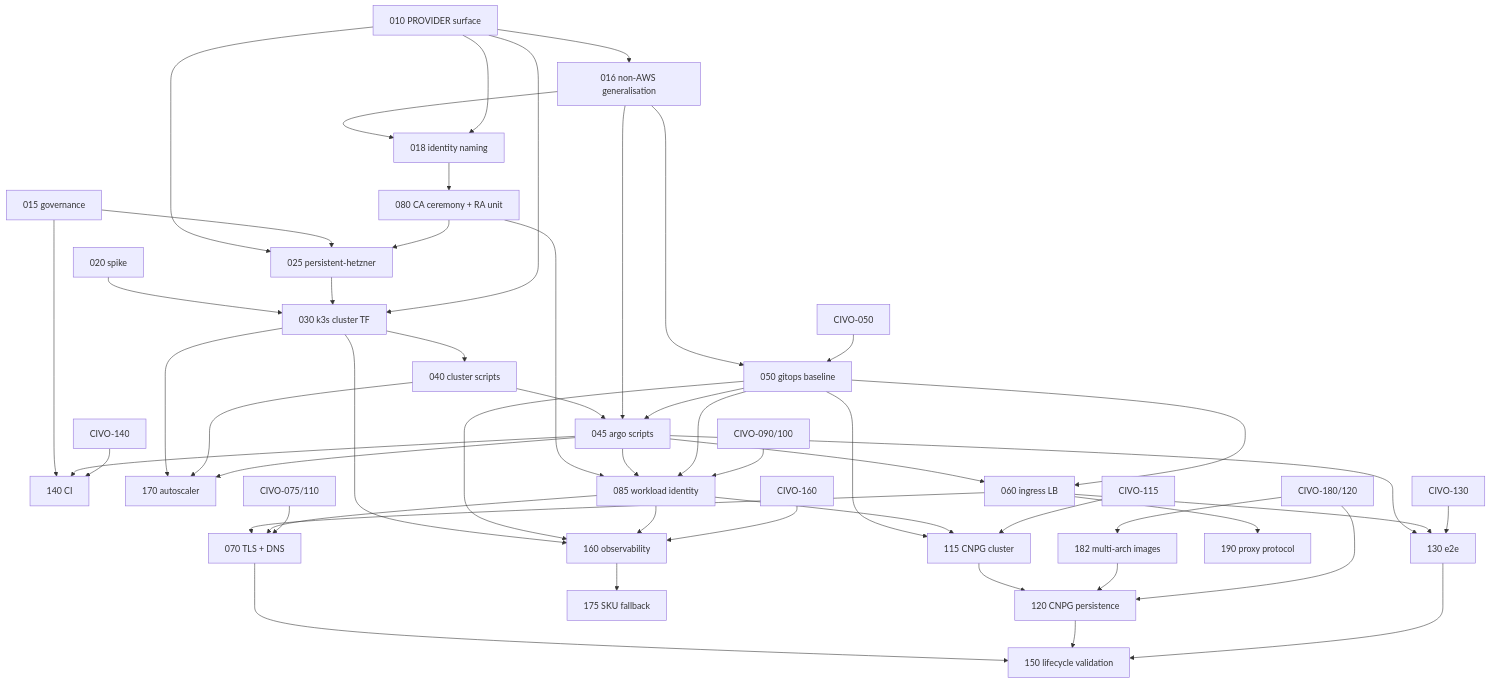
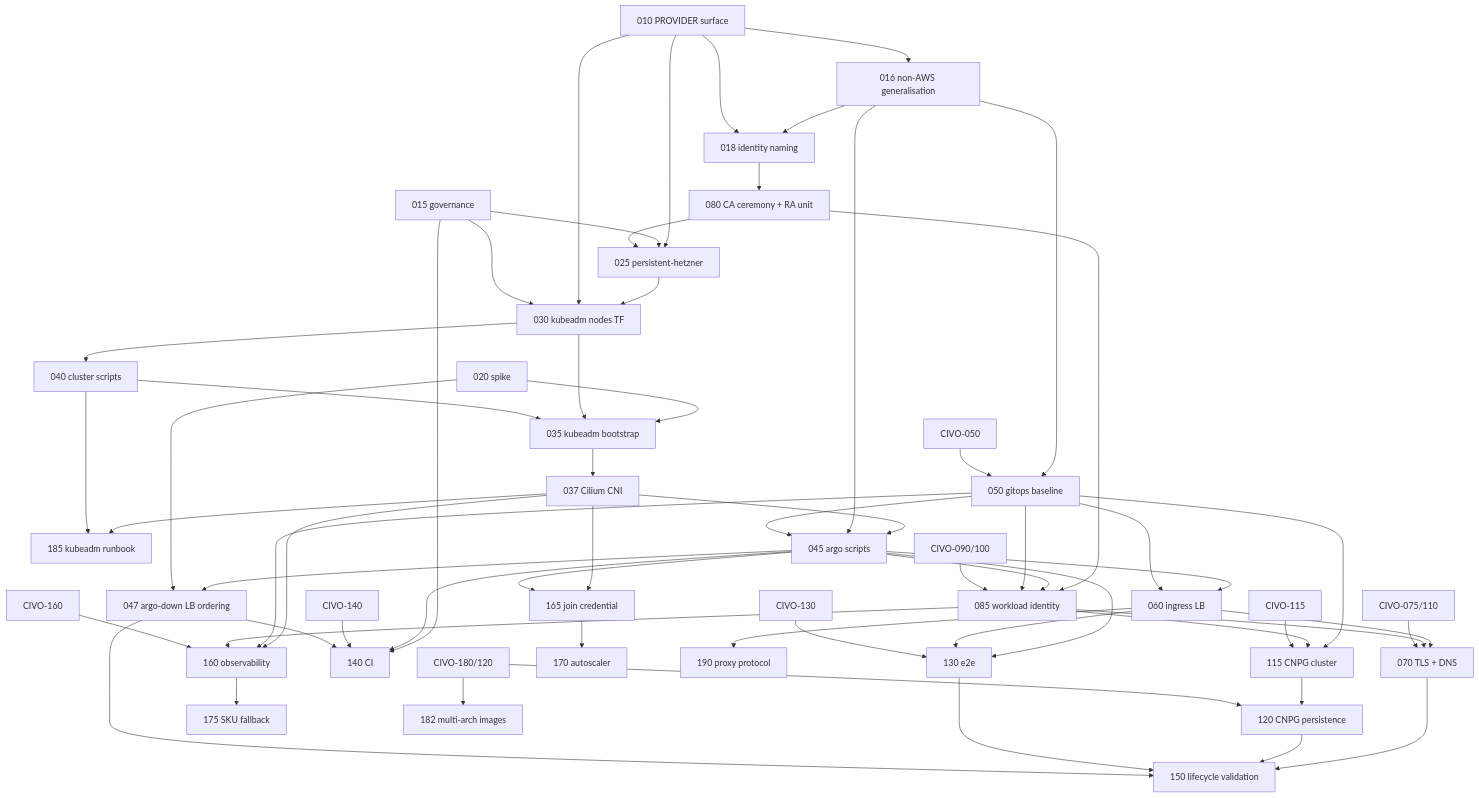
The diagram in specs/hetzner/roadmap.md (savak1990/vk-lab-platform), drawn with Mermaid before and after one commit. The commit also changed other lines of this file and 31 other files, not shown here.

````diff
--- a/specs/hetzner/roadmap.md
+++ b/specs/hetzner/roadmap.md
@@ -13,53 +13,62 @@
 ```mermaid
 flowchart TD
   010[010 PROVIDER surface] --> 016[016 non-AWS generalisation]
   016 --> 018[018 identity naming]
   010 --> 018
   010 --> 025[025 persistent-hetzner]
   015[015 governance] --> 025
   015 --> 140[140 CI]
-  020[020 spike] --> 030[030 k3s cluster TF]
-  025 --> 030
+  020[020 spike] --> 035[035 kubeadm bootstrap]
+  025 --> 030[030 kubeadm nodes TF]
   010 --> 030
+  015 --> 030
   030 --> 040[040 cluster scripts]
-  030 --> 170[170 autoscaler]
-  030 --> 160[160 observability]
-  040 --> 045[045 argo scripts]
+  030 --> 035
+  040 --> 035
+  035 --> 037[037 Cilium CNI]
+  037 --> 045[045 argo scripts]
   016 --> 045
   050[050 gitops baseline] --> 045
   016 --> 050
   C050[CIVO-050] --> 050
   045 --> 060[060 ingress LB]
   050 --> 060
+  045 --> 047[047 argo-down LB ordering]
+  020 --> 047
   018 --> 080[080 CA ceremony + RA unit]
   080 --> 025
   080 --> 085[085 workload identity]
   045 --> 085
   050 --> 085
   C090[CIVO-090/100] --> 085
   060 --> 070[070 TLS + DNS]
   085 --> 070
   C075[CIVO-075/110] --> 070
   050 --> 115[115 CNPG cluster]
   085 --> 115
   C115[CIVO-115] --> 115
   115 --> 120[120 CNPG persistence]
-  182[182 multi-arch images] --> 120
   C180[CIVO-180/120] --> 120
-  C180 --> 182
+  C180 --> 182[182 multi-arch images]
   045 --> 130[130 e2e]
   060 --> 130
   C130[CIVO-130] --> 130
   045 --> 140
   C140[CIVO-140] --> 140
+  037 --> 160[160 observability]
   050 --> 160
   085 --> 160
   C160[CIVO-160] --> 160
   070 --> 150[150 lifecycle validation]
   120 --> 150
   130 --> 150
-  040 --> 170
-  045 --> 170
+  047 --> 150
+  047 --> 140
+  037 --> 165[165 join credential]
+  045 --> 165
+  165 --> 170[170 autoscaler]
+  037 --> 185[185 kubeadm runbook]
+  040 --> 185
   160 --> 175[175 SKU fallback]
   060 --> 190[190 proxy protocol]
 ```
````
